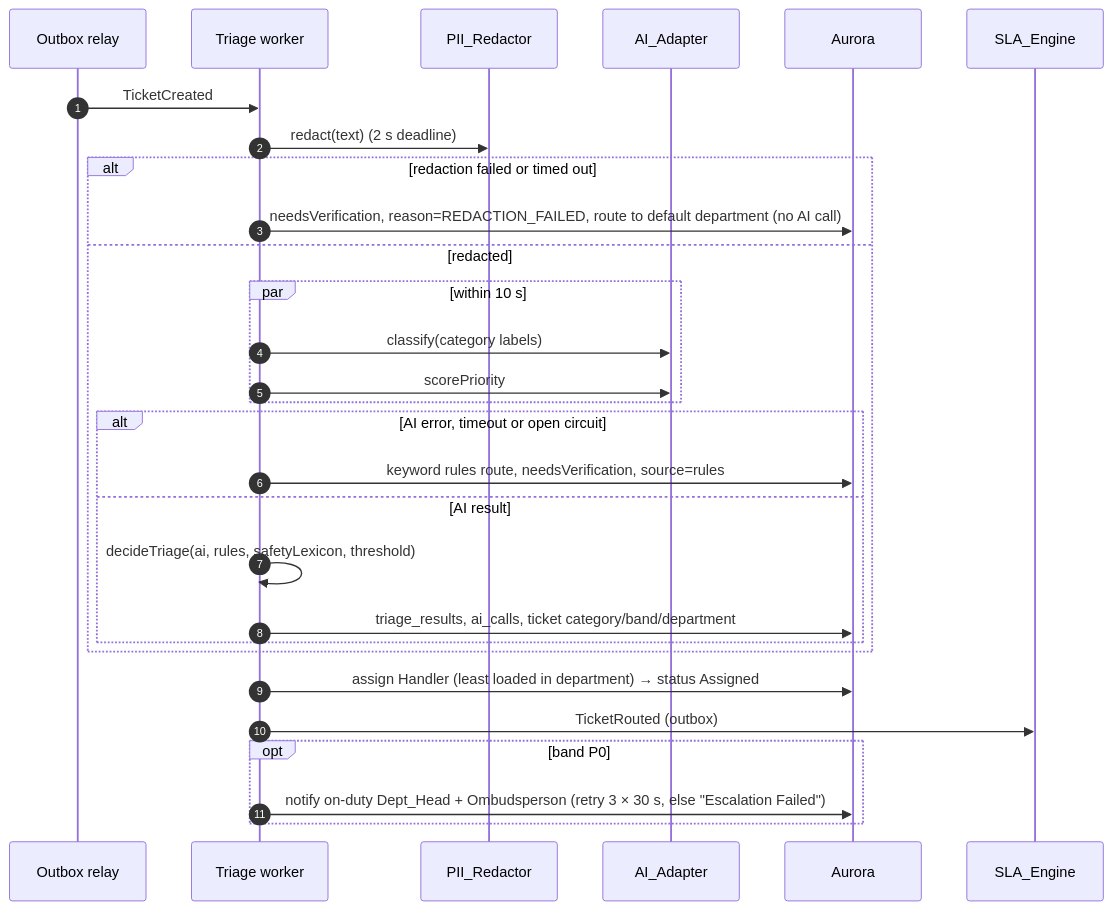
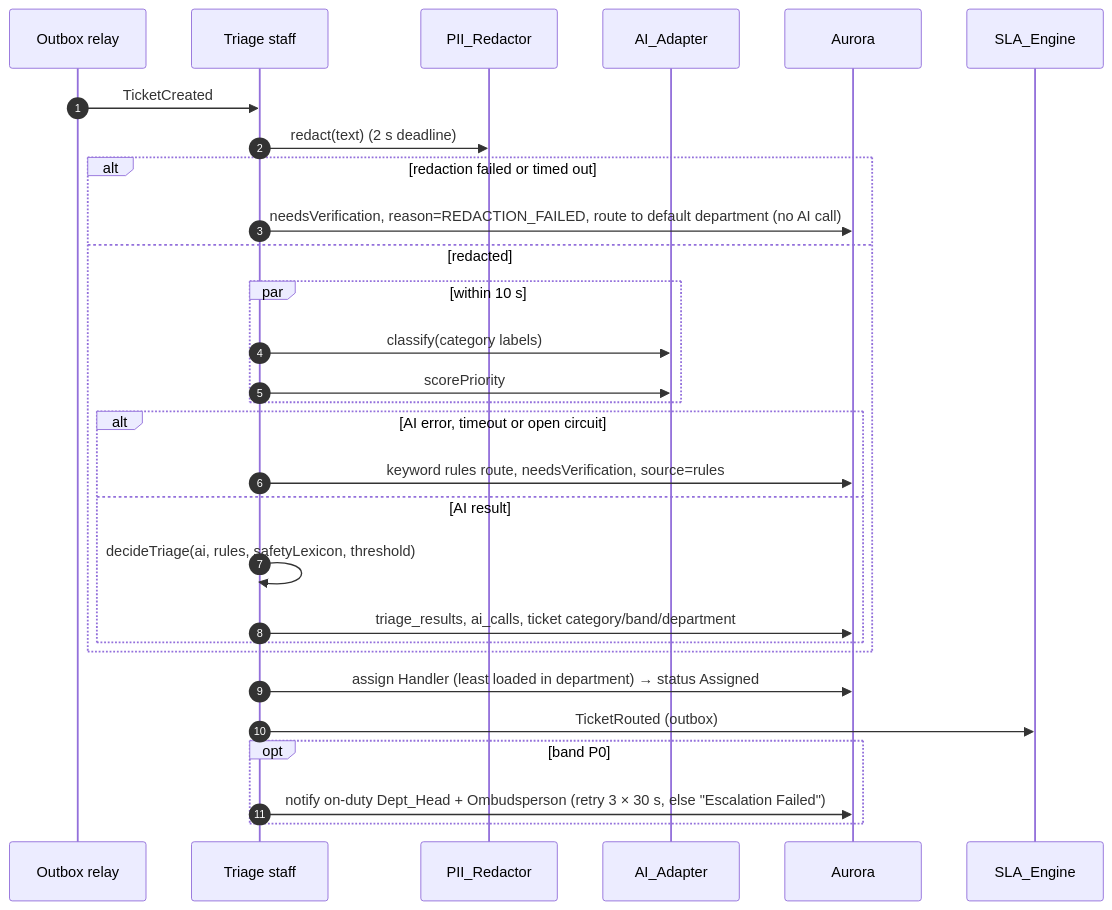
The sixth of 9 diagrams in .kiro/specs/campusconnect-platform/design.md (shuvamjana1-ops/CampussConnect), drawn with Mermaid before and after one commit. The commit also changed other lines of this file and 84 other files, not shown here.

````diff
--- a/.kiro/specs/campusconnect-platform/design.md
+++ b/.kiro/specs/campusconnect-platform/design.md
@@ -641,31 +709,31 @@
 ```mermaid
 sequenceDiagram
   autonumber
   participant O as Outbox relay
-  participant T as Triage worker
+  participant T as Triage staff
   participant R as PII_Redactor
   participant A as AI_Adapter
   participant DB as Aurora
   participant S as SLA_Engine
   O->>T: TicketCreated
   T->>R: redact(text) (2 s deadline)
   alt redaction failed or timed out
     T->>DB: needsVerification, reason=REDACTION_FAILED, route to default department (no AI call)
   else redacted
     par within 10 s
       T->>A: classify(category labels)
       T->>A: scorePriority
     end
     alt AI error, timeout or open circuit
       T->>DB: keyword rules route, needsVerification, source=rules
     else AI result
       T->>T: decideTriage(ai, rules, safetyLexicon, threshold)
       T->>DB: triage_results, ai_calls, ticket category/band/department
     end
   end
   T->>DB: assign Handler (least loaded in department) → status Assigned
   T->>S: TicketRouted (outbox)
   opt band P0
     T->>DB: notify on-duty Dept_Head + Ombudsperson (retry 3 × 30 s, else "Escalation Failed")
   end
 ```
````
